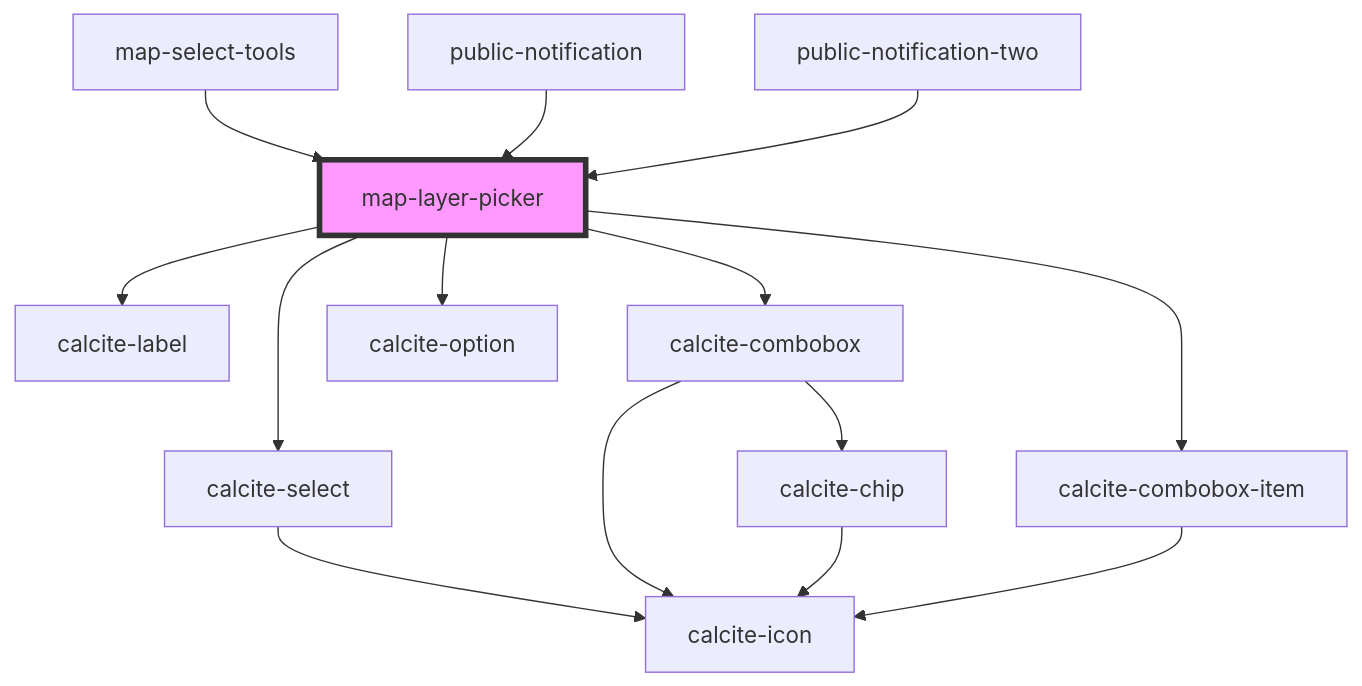
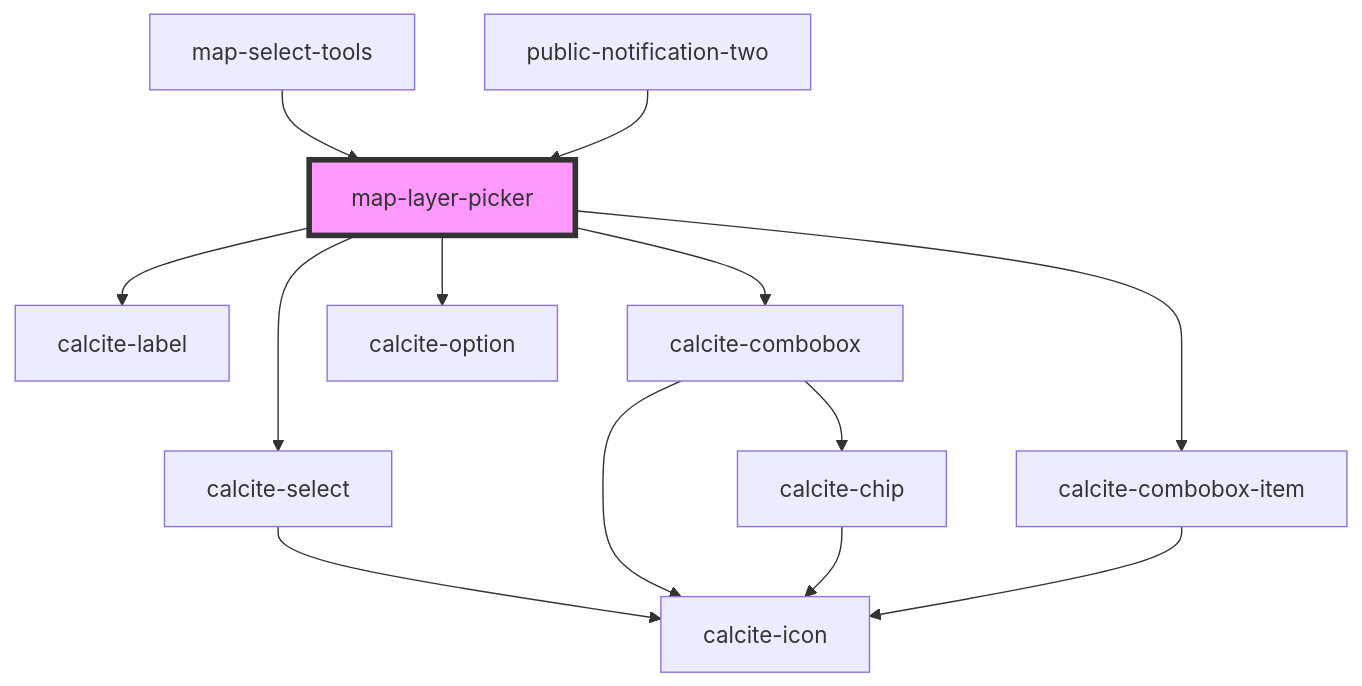
Before and after one commit to Esri/solutions-components: the diagram in src/components/map-layer-picker/readme.md, drawn with Mermaid. The commit also changed other lines of this file and 13 other files, not shown here.

Commit message:
remove old pn and update sketch to store geom vs graphics

````diff
--- a/src/components/map-layer-picker/readme.md
+++ b/src/components/map-layer-picker/readme.md
@@ -44,17 +43,16 @@
 ```mermaid
 graph TD;
   map-layer-picker --> calcite-label
   map-layer-picker --> calcite-select
   map-layer-picker --> calcite-combobox
   map-layer-picker --> calcite-combobox-item
   map-layer-picker --> calcite-option
   calcite-select --> calcite-icon
   calcite-combobox --> calcite-chip
   calcite-combobox --> calcite-icon
   calcite-chip --> calcite-icon
   calcite-combobox-item --> calcite-icon
   map-select-tools --> map-layer-picker
-  public-notification --> map-layer-picker
   public-notification-two --> map-layer-picker
   style map-layer-picker fill:#f9f,stroke:#333,stroke-width:4px
 ```
````
